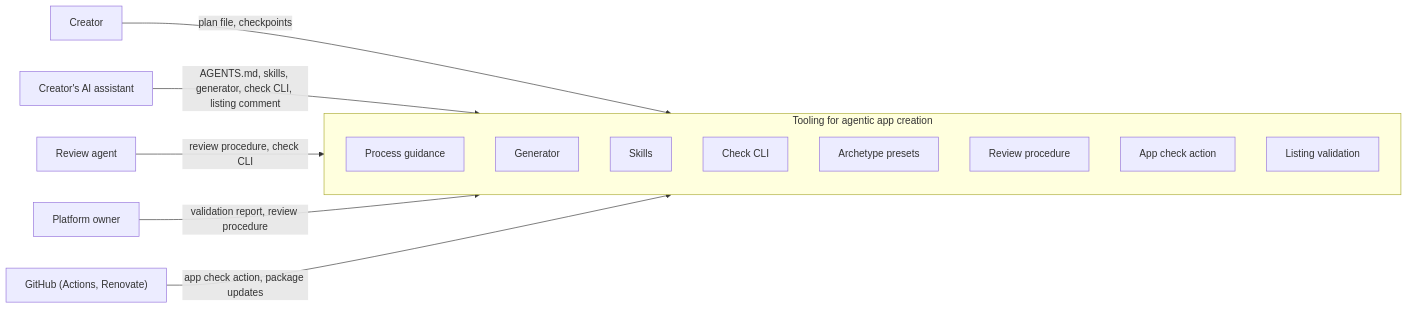
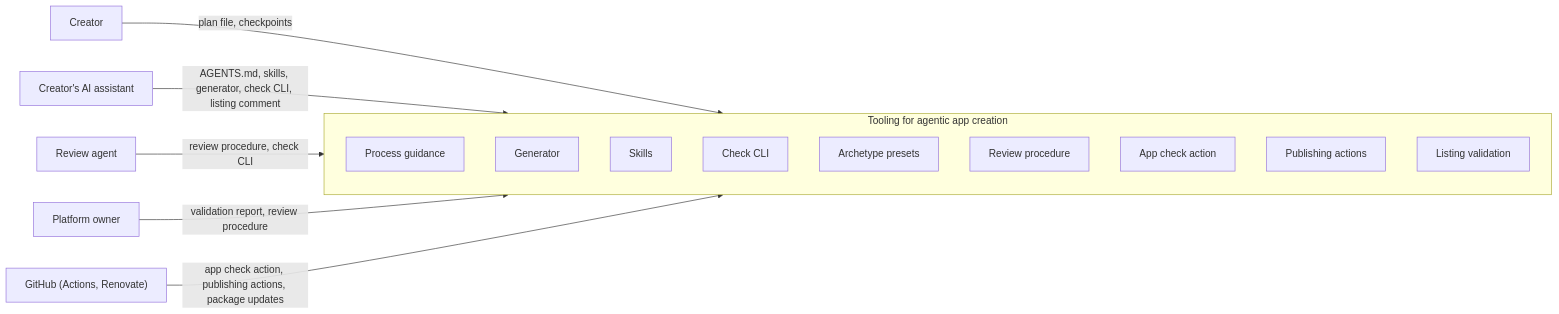
One commit to lernapps/tooling changed the diagram in docs/arc42/03-system-context.arc42.md. Above: the diagram before and after it, drawn with Mermaid. The commit also changed other lines of this file and 17 other files, not shown here.

First line of the commit message:
docs: publishing actions block, distribution in chapter 7, scaffolding with npx from git

````diff
--- a/docs/arc42/03-system-context.arc42.md
+++ b/docs/arc42/03-system-context.arc42.md
@@ -22,23 +22,24 @@
 ```mermaid
 flowchart LR
     actor-creator["Creator"]
     actor-assistant["Creator's AI assistant"]
     actor-owner["Platform owner"]
     actor-review-agent["Review agent"]
     actor-github["GitHub (Actions, Renovate)"]
     subgraph tooling["Tooling for agentic app creation"]
         bb-process-guidance["Process guidance"]
         bb-generator["Generator"]
         bb-skills["Skills"]
         bb-check-cli["Check CLI"]
         bb-archetypes["Archetype presets"]
         bb-review-procedure["Review procedure"]
         bb-app-check-action["App check action"]
+        bb-publishing-actions["Publishing actions"]
         bb-listing-validation["Listing validation"]
     end
     actor-creator -->|"plan file, checkpoints"| tooling
     actor-assistant -->|"AGENTS.md, skills, generator, check CLI, listing comment"| tooling
     actor-review-agent -->|"review procedure, check CLI"| tooling
     actor-owner -->|"validation report, review procedure"| tooling
-    actor-github -->|"app check action, package updates"| tooling
+    actor-github -->|"app check action, publishing actions, package updates"| tooling
 ```
````
